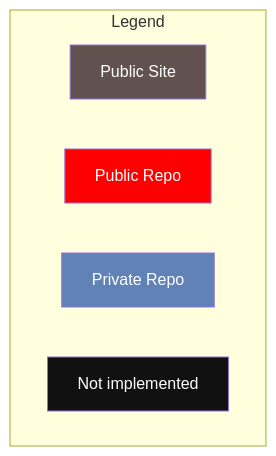
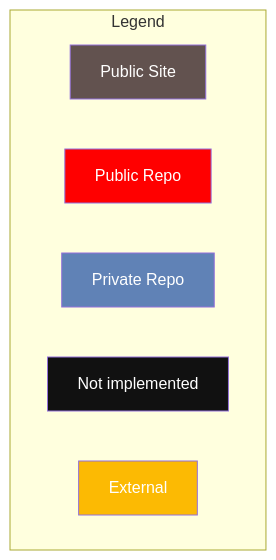
One commit to FarmbotSimulator/.github changed the second of 2 diagrams in profile/README.md. Above: the diagram before and after it, drawn with Mermaid. The commit also changed other lines of this file, not shown here.

````diff
--- a/profile/README.md
+++ b/profile/README.md
@@ -148,20 +171,23 @@
 ```mermaid
 flowchart TB
 classDef darkBlue fill:#00008B, color:#fff
 classDef brightBlue fill:#6082B6, color:#fff
 classDef gray fill:#62524F, color:#fff
 classDef gray2 fill:#4F625B, color:#fff
 classDef red fill:#f00, color:#fff
 classDef green fill:#111, color:#fff
+classDef yellow fill:#fcba03, color:#fff
 
 subgraph Legend[Legend]
     Legend1[Public Site]
     Legend2[Public Repo]
     Legend3[Private Repo]
     Legend4[Not implemented]
+    Legend5[External]
 end
 class Legend1 gray
 class Legend2 red
 class Legend3 brightBlue
 class Legend4 green
+class Legend5 yellow
 ```
````
